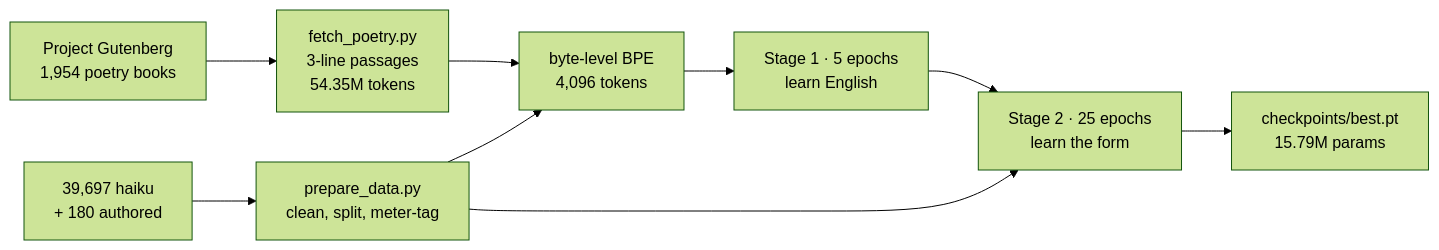
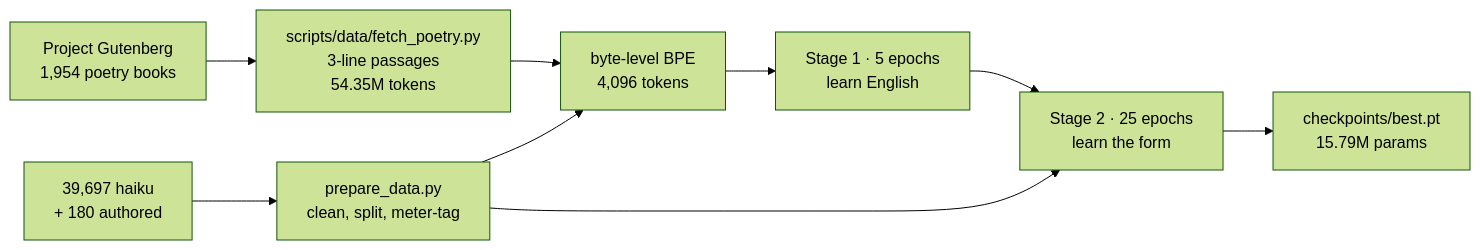
One commit to kumarharshzzz04/haiku-zero changed the first of 3 diagrams in README.md. Above: the diagram before and after it, drawn with Mermaid (forest theme). The commit also changed other lines of this file and 64 other files, not shown here.

First line of the commit message:
Organize scripts, tests, docs, logs, and source data by purpose

````diff
--- a/README.md
+++ b/README.md
@@ -154,11 +154,11 @@
 ```mermaid
 flowchart LR
-    G["Project Gutenberg<br/>1,954 poetry books"] --> P1["fetch_poetry.py<br/>3-line passages<br/>54.35M tokens"]
+    G["Project Gutenberg<br/>1,954 poetry books"] --> P1["scripts/data/fetch_poetry.py<br/>3-line passages<br/>54.35M tokens"]
     H["39,697 haiku<br/>+ 180 authored"] --> P2["prepare_data.py<br/>clean, split, meter-tag"]
     P1 --> T["byte-level BPE<br/>4,096 tokens"]
     P2 --> T
     T --> S1["Stage 1 · 5 epochs<br/>learn English"]
     S1 --> S2["Stage 2 · 25 epochs<br/>learn the form"]
     P2 --> S2
     S2 --> C["checkpoints/best.pt<br/>15.79M params"]
 ```
````
